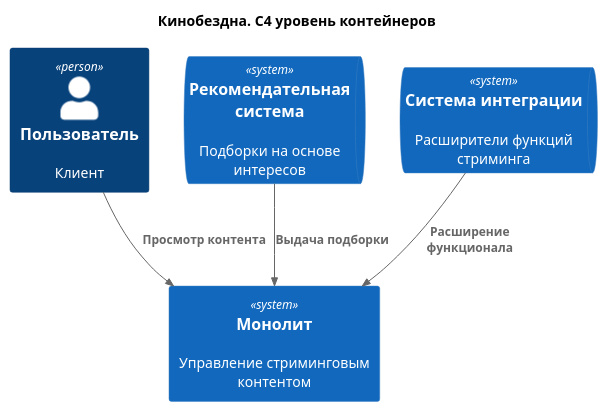
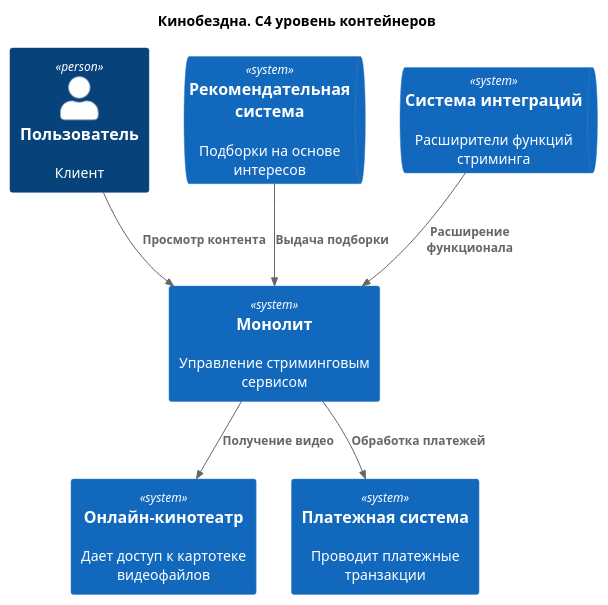
Before and after one commit to realjungleman/architecture-cinemaabyss: the diagram in 1_task/c4_container.puml, drawn with PlantUML. The commit also changed 1 other file, not shown here.

```diff
--- a/1_task/c4_container.puml
+++ b/1_task/c4_container.puml
@@ -1,17 +1,21 @@
 @startuml
 title Кинобездна. С4 уровень контейнеров
 
 top to bottom direction
 
 !includeurl https://raw.githubusercontent.com/RicardoNiepel/C4-PlantUML/master/C4_Component.puml
 
 Person(user, "Пользователь", "Клиент")
 
-System(MainSystem, "Монолит", "Управление стриминговым контентом")
-SystemQueue(Sensor, "Рекомендательная система", "Подборки на основе интересов")
-SystemQueue(ExternalSystem, "Система интеграции", "Расширители функций стриминга")
+System(MainSystem, "Монолит", "Управление стриминговым сервисом")
+SystemQueue(RecommendationSystem, "Рекомендательная система", "Подборки на основе интересов")
+SystemQueue(ExternalSystem, "Система интеграций", "Расширители функций стриминга")
+System(OnlineCinema, "Онлайн-кинотеатр", "Дает доступ к картотеке видеофайлов")
+System(PaymentSystem, "Платежная система", "Проводит платежные транзакции")
 
 Rel(user, MainSystem, "Просмотр контента")
-Rel(Sensor, MainSystem, "Выдача подборки")
+Rel(RecommendationSystem, MainSystem, "Выдача подборки")
 Rel(ExternalSystem, MainSystem, "Расширение функционала")
+Rel(MainSystem, OnlineCinema, "Получение видео")
+Rel(MainSystem, PaymentSystem, "Обработка платежей")
 @enduml
```
